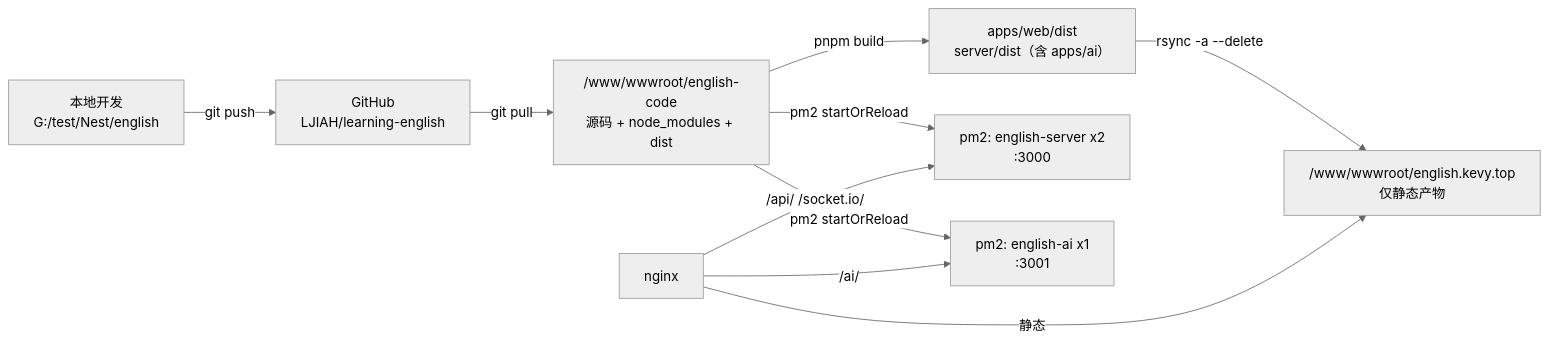
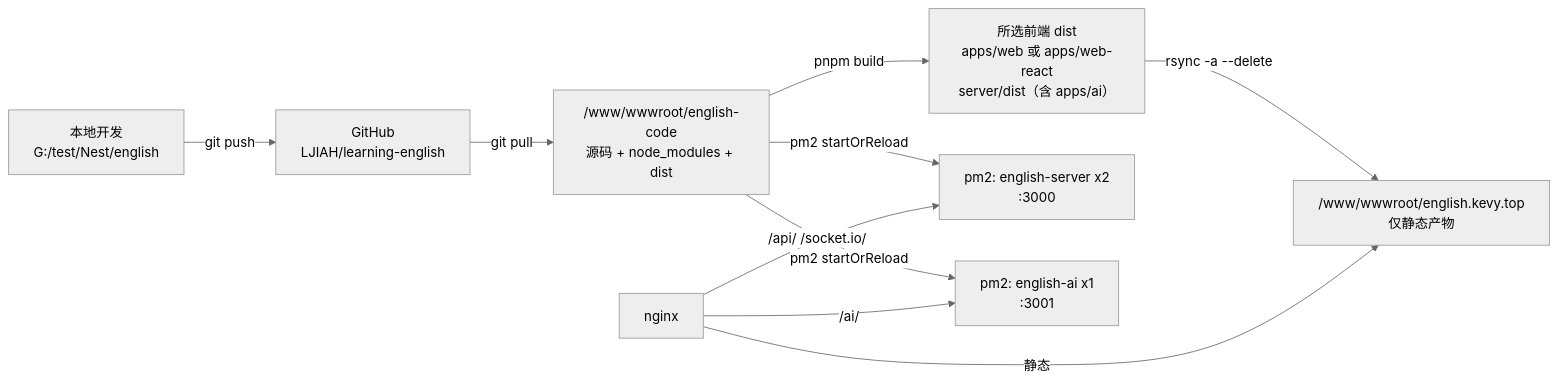
The diagram in deploy/README.md (LJIAH/learning-english), drawn with Mermaid (neutral theme) before and after one commit. The commit also changed other lines of this file and 3 other files, not shown here.

````diff
--- a/deploy/README.md
+++ b/deploy/README.md
@@ -14,12 +14,12 @@
 ```mermaid
 flowchart LR
   Dev["本地开发<br/>G:/test/Nest/english"] -->|git push| GH["GitHub<br/>LJIAH/learning-english"]
   GH -->|git pull| Code["/www/wwwroot/english-code<br/>源码 + node_modules + dist"]
-  Code -->|pnpm build| Dist["apps/web/dist<br/>server/dist（含 apps/ai）"]
+  Code -->|pnpm build| Dist["所选前端 dist<br/>apps/web 或 apps/web-react<br/>server/dist（含 apps/ai）"]
   Dist -->|rsync -a --delete| WebRoot["/www/wwwroot/english.kevy.top<br/>仅静态产物"]
   Code -->|pm2 startOrReload| ProcServer["pm2: english-server x2<br/>:3000"]
   Code -->|pm2 startOrReload| ProcAi["pm2: english-ai x1<br/>:3001"]
   Nginx["nginx"] -->|静态| WebRoot
   Nginx -->|/api/ /socket.io/| ProcServer
   Nginx -->|/ai/| ProcAi
 ```
````
